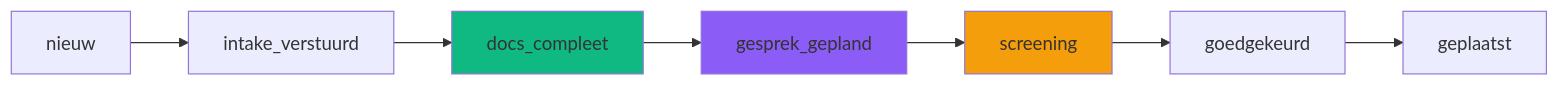
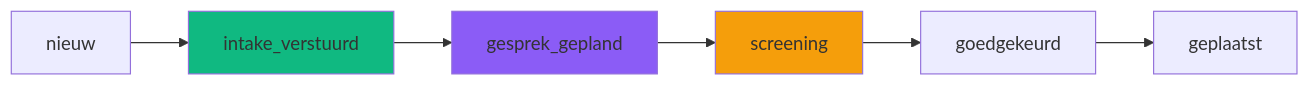
The second of 3 diagrams in docs/AI_AGENT_GOAL_TYPES.md (kreshnik120/taskmaster-nl), drawn with Mermaid before and after one commit. The commit also changed other lines of this file and 7 other files, not shown here.

````diff
--- a/docs/AI_AGENT_GOAL_TYPES.md
+++ b/docs/AI_AGENT_GOAL_TYPES.md
@@ -59,13 +59,12 @@
 ```mermaid
 graph LR
     A[nieuw] --> B[intake_verstuurd]
-    B --> C[docs_compleet]
-    C --> D[gesprek_gepland]
-    D --> E[screening]
-    E --> F[goedgekeurd]
-    F --> G[geplaatst]
+    B --> C[gesprek_gepland]
+    C --> D[screening]
+    D --> E[goedgekeurd]
+    E --> F[geplaatst]
     
-    style C fill:#10b981
-    style D fill:#8b5cf6
-    style E fill:#f59e0b
+    style B fill:#10b981
+    style C fill:#8b5cf6
+    style D fill:#f59e0b
 ```
````
